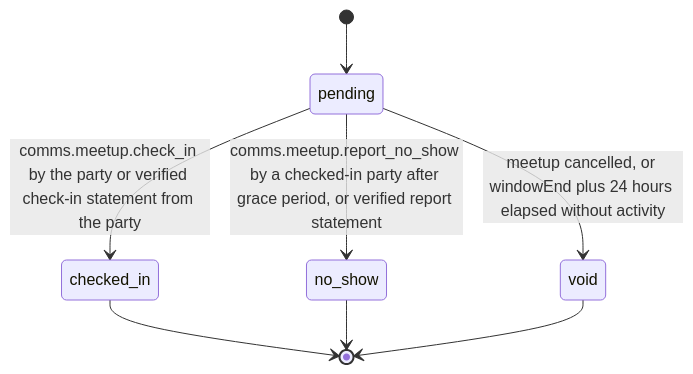
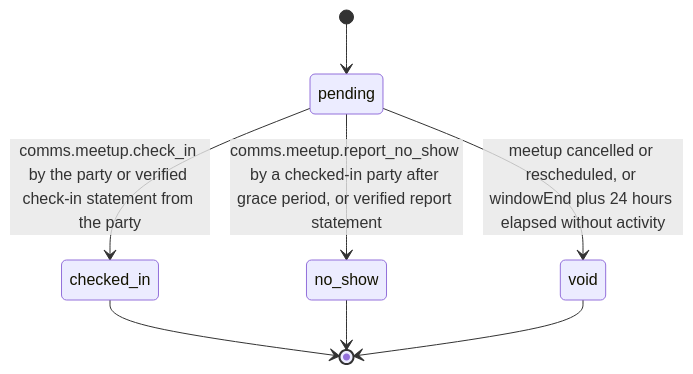
One commit to djshellshoxxx/CLASSifiedisRUPTed changed the first of 2 diagrams in 08_Communications/03_meetups/mod_handoff/workflow_state_machine.md. Above: the diagram before and after it, drawn with Mermaid. The commit also changed other lines of this file and 343 other files, not shown here.

````diff
--- a/08_Communications/03_meetups/mod_handoff/workflow_state_machine.md
+++ b/08_Communications/03_meetups/mod_handoff/workflow_state_machine.md
@@ -25,10 +26,10 @@
 ```mermaid
 stateDiagram-v2
   [*] --> pending
   pending --> checked_in: comms.meetup.check_in by the party or verified check-in statement from the party
   pending --> no_show: comms.meetup.report_no_show by a checked-in party after grace period, or verified report statement
-  pending --> void: meetup cancelled, or windowEnd plus 24 hours elapsed without activity
+  pending --> void: meetup cancelled or rescheduled, or windowEnd plus 24 hours elapsed without activity
   checked_in --> [*]
   no_show --> [*]
   void --> [*]
 ```
````
